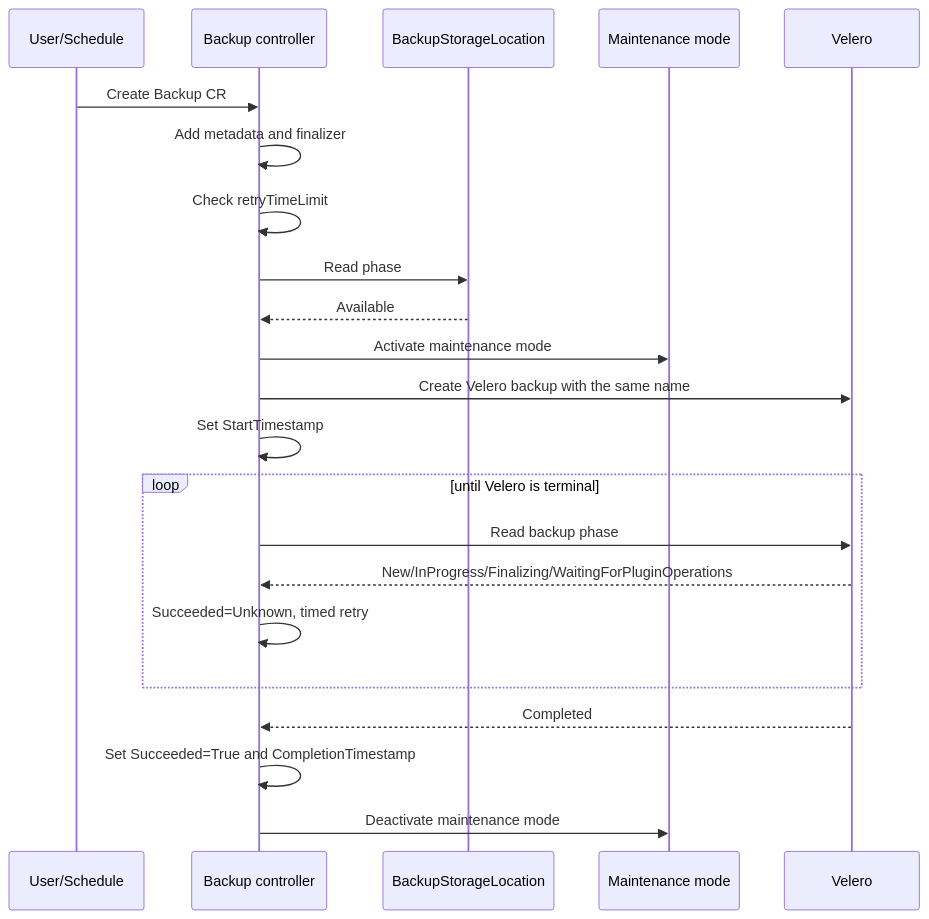
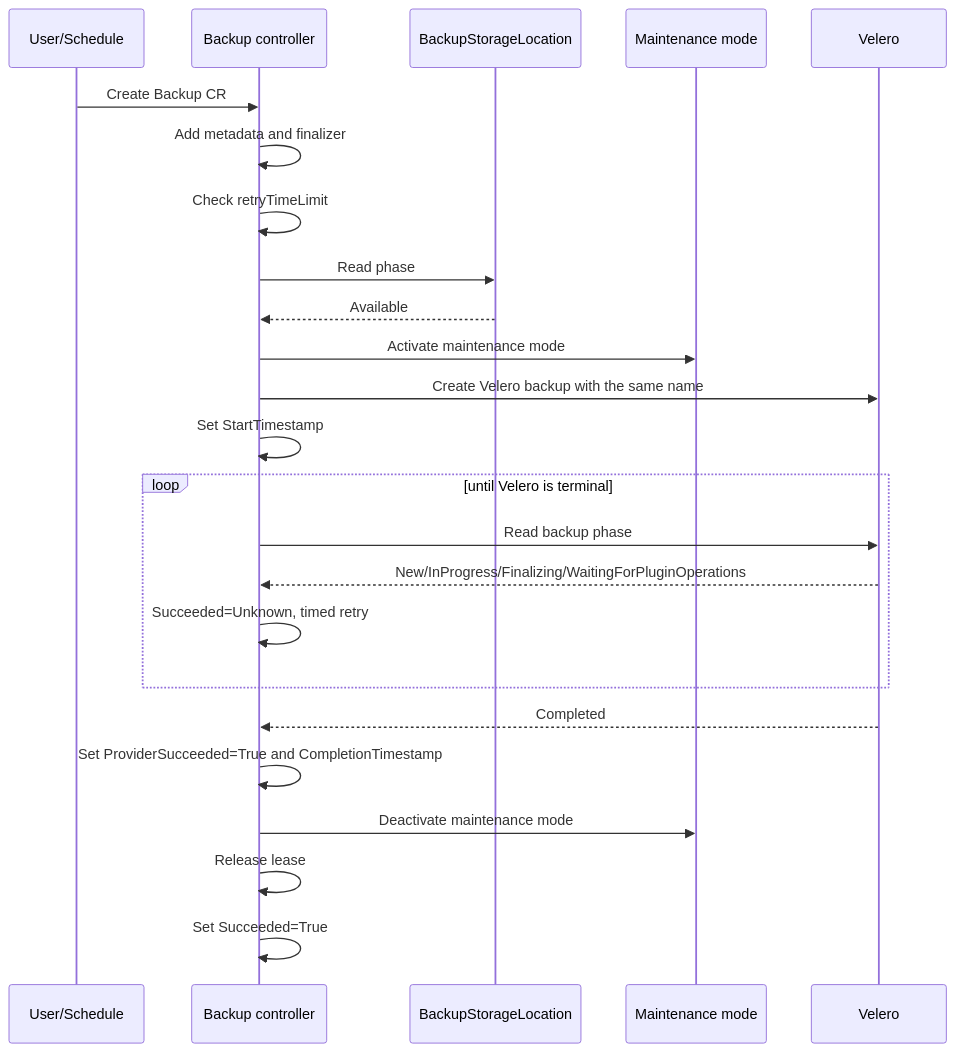
Before and after one commit to cloudogu/k8s-backup-operator: the first of 4 diagrams in docs/development/backup/backup_process_en.md, drawn with Mermaid. The commit also changed other lines of this file and 1 other file, not shown here.

````diff
--- a/docs/development/backup/backup_process_en.md
+++ b/docs/development/backup/backup_process_en.md
@@ -48,25 +46,27 @@
 ```mermaid
 sequenceDiagram
     participant U as User/Schedule
     participant B as Backup controller
     participant S as BackupStorageLocation
     participant M as Maintenance mode
     participant V as Velero
 
     U->>B: Create Backup CR
     B->>B: Add metadata and finalizer
     B->>B: Check retryTimeLimit
     B->>S: Read phase
     S-->>B: Available
     B->>M: Activate maintenance mode
     B->>V: Create Velero backup with the same name
     B->>B: Set StartTimestamp
     loop until Velero is terminal
         B->>V: Read backup phase
         V-->>B: New/InProgress/Finalizing/WaitingForPluginOperations
         B->>B: Succeeded=Unknown, timed retry
     end
     V-->>B: Completed
-    B->>B: Set Succeeded=True and CompletionTimestamp
+    B->>B: Set ProviderSucceeded=True and CompletionTimestamp
     B->>M: Deactivate maintenance mode
+    B->>B: Release lease
+    B->>B: Set Succeeded=True
 ```
````
